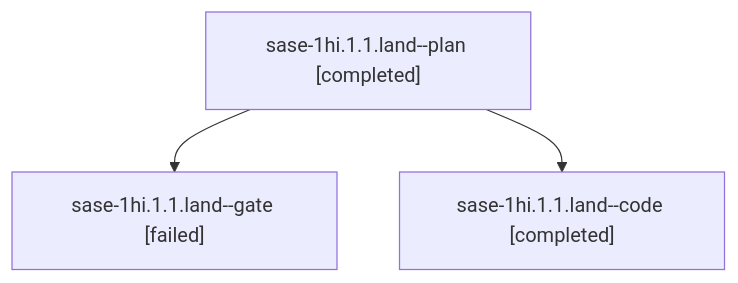
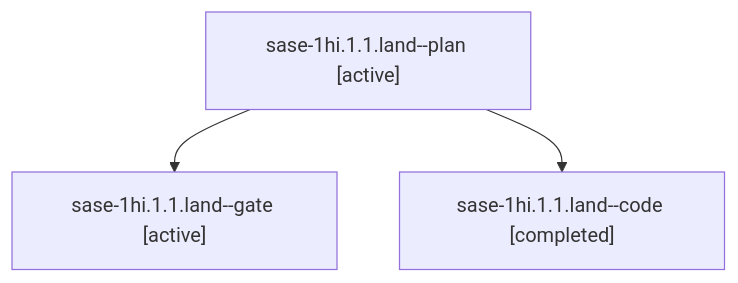
Before and after one commit to sase-org/sase--agents: the diagram in sessions/bbugyi200.apollo.sase-1hi.1.1.land.md, drawn with Mermaid. The commit also changed other lines of this file and 330 other files, not shown here.

````diff
--- a/sessions/bbugyi200.apollo.sase-1hi.1.1.land.md
+++ b/sessions/bbugyi200.apollo.sase-1hi.1.1.land.md
@@ -9,8 +9,8 @@
 ```mermaid
 flowchart TD
-  n0["sase-1hi.1.1.land--plan [completed]"]
-  n1["sase-1hi.1.1.land--gate [failed]"]
+  n0["sase-1hi.1.1.land--plan [active]"]
+  n1["sase-1hi.1.1.land--gate [active]"]
   n0 --> n1
   n2["sase-1hi.1.1.land--code [completed]"]
   n0 --> n2
 ```
````
